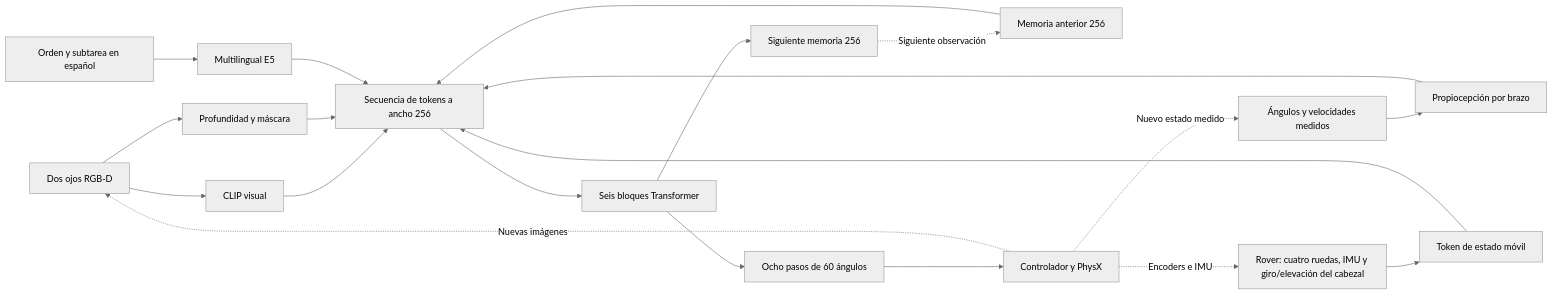
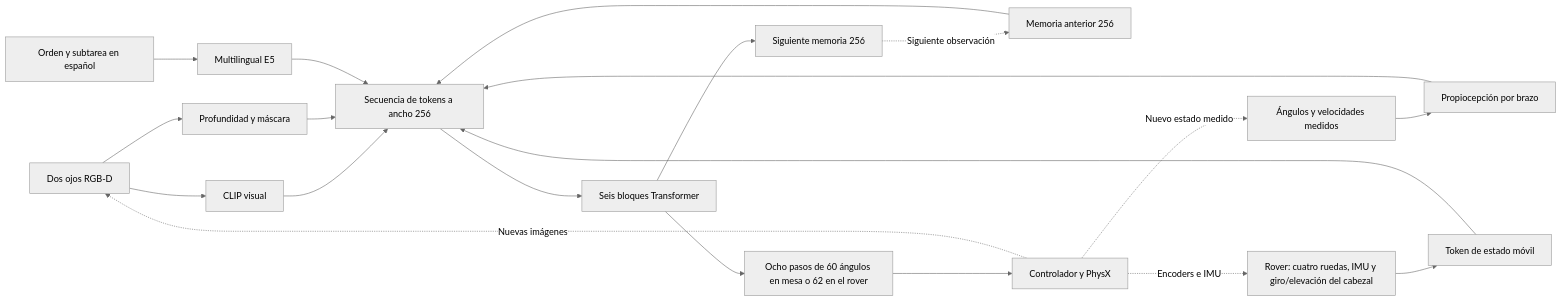
Before and after one commit to prel2014/AIGROROBOT: the second of 2 diagrams in docs/architecture.md, drawn with Mermaid (neutral theme). The commit also changed other lines of this file and 25 other files, not shown here.

````diff
--- a/docs/architecture.md
+++ b/docs/architecture.md
@@ -25,22 +25,22 @@
 ```mermaid
 flowchart LR
     eyes["Dos ojos RGB-D"] --> clip["CLIP visual"]
     eyes --> depth["Profundidad y máscara"]
     instruction["Orden y subtarea en español"] --> text["Multilingual E5"]
     joints["Ángulos y velocidades medidos"] --> proprio["Propiocepción por brazo"]
     rover["Rover: cuatro ruedas, IMU y giro/elevación del cabezal"] --> mobile["Token de estado móvil"]
     clip --> fusion["Secuencia de tokens a ancho 256"]
     depth --> fusion
     text --> fusion
     proprio --> fusion
     mobile --> fusion
     previous["Memoria anterior 256"] --> fusion
     fusion --> transformer["Seis bloques Transformer"]
-    transformer --> angles["Ocho pasos de 60 ángulos"]
+    transformer --> angles["Ocho pasos de 60 ángulos en mesa o 62 en el rover"]
     transformer --> nextMemory["Siguiente memoria 256"]
     nextMemory -.->|"Siguiente observación"| previous
     angles --> sim["Controlador y PhysX"]
     sim -.->|"Nuevas imágenes"| eyes
     sim -.->|"Nuevo estado medido"| joints
     sim -.->|"Encoders e IMU"| rover
 ```
````
